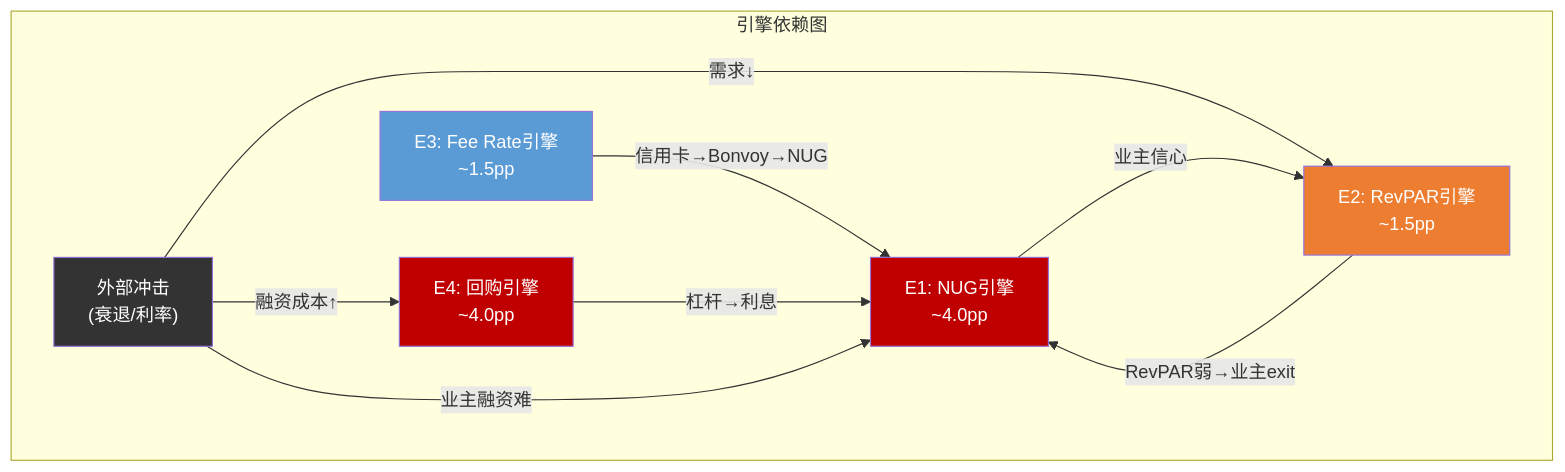
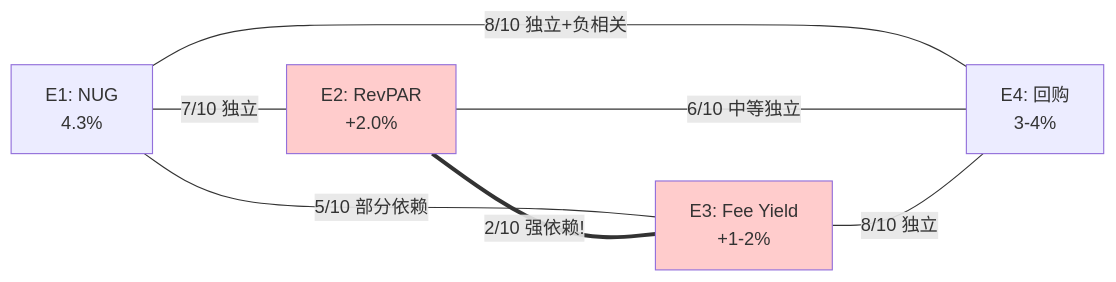
Before and after one commit to miltonnewyork25-afk/investment-master: the third of 5 diagrams in staging/MAR_P3/MAR_P3_AgentB.md, drawn with Mermaid. The commit also changed other lines of this file and 16 other files, not shown here.

````diff
--- a/staging/MAR_P3/MAR_P3_AgentB.md
+++ b/staging/MAR_P3/MAR_P3_AgentB.md
@@ -294,25 +346,17 @@
 ```mermaid
-graph TD
-    subgraph 引擎依赖图
-        E1["E1: NUG引擎<br/>~4.0pp"]
-        E2["E2: RevPAR引擎<br/>~1.5pp"]
-        E3["E3: Fee Rate引擎<br/>~1.5pp"]
-        E4["E4: 回购引擎<br/>~4.0pp"]
+graph LR
+    E1["E1: NUG<br/>4.3%"]
+    E2["E2: RevPAR<br/>+2.0%"]
+    E3["E3: Fee Yield<br/>+1-2%"]
+    E4["E4: 回购<br/>3-4%"]
 
-        E1 -->|"业主信心"| E2
-        E2 -->|"RevPAR弱→业主exit"| E1
-        E4 -->|"杠杆→利息"| E1
-        E3 -->|"信用卡→Bonvoy→NUG"| E1
+    E1 ---|"7/10 独立"| E2
+    E1 ---|"5/10 部分依赖"| E3
+    E1 ---|"8/10 独立+负相关"| E4
+    E2 ===|"2/10 强依赖!"| E3
+    E2 ---|"6/10 中等独立"| E4
+    E3 ---|"8/10 独立"| E4
 
-        SHOCK["外部冲击<br/>(衰退/利率)"]
-        SHOCK -->|"需求↓"| E2
-        SHOCK -->|"融资成本↑"| E4
-        SHOCK -->|"业主融资难"| E1
-    end
-
-    style E1 fill:#c00000,color:#fff
-    style E2 fill:#ed7d31,color:#fff
-    style E3 fill:#5b9bd5,color:#fff
-    style E4 fill:#c00000,color:#fff
-    style SHOCK fill:#333,color:#fff
+    style E2 fill:#ffcccc
+    style E3 fill:#ffcccc
 ```
````
